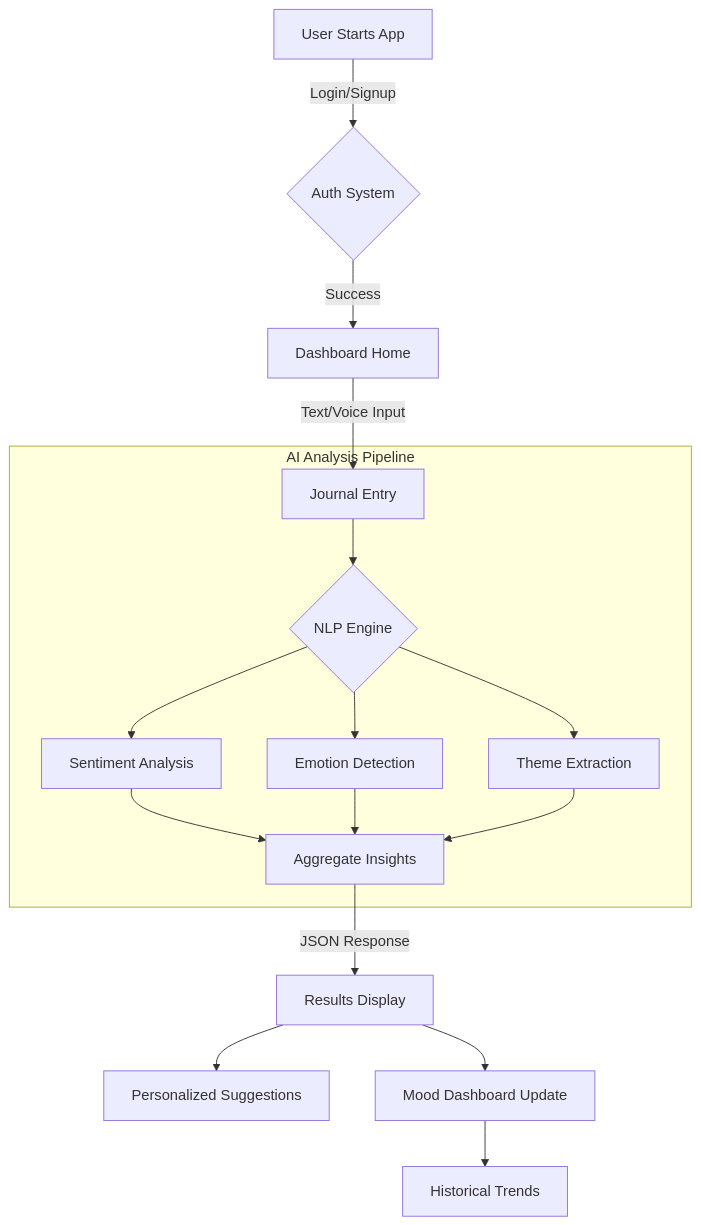
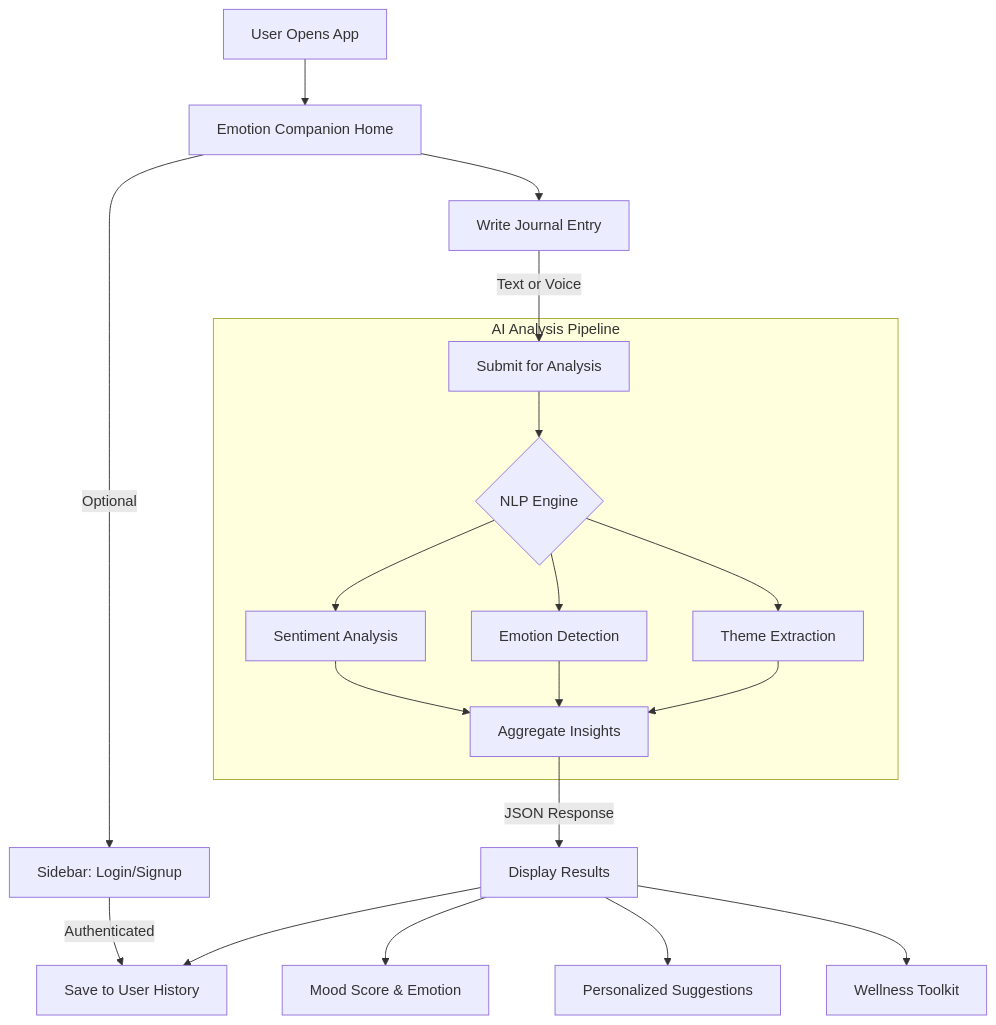
The diagram in README.md (Shraa98/emotion-companion), drawn with Mermaid before and after one commit.

Commit message:
fix: Update workflow diagram to reflect optional authentication

````diff
--- a/README.md
+++ b/README.md
@@ -54,19 +54,23 @@
 ```mermaid
 graph TD
-    A[User Starts App] -->|Login/Signup| B{Auth System}
-    B -->|Success| C[Dashboard Home]
-    C -->|Text/Voice Input| D[Journal Entry]
+    A[User Opens App] --> B[Emotion Companion Home]
+    B -->|Optional| C[Sidebar: Login/Signup]
+    B --> D[Write Journal Entry]
+    D -->|Text or Voice| E[Submit for Analysis]
     
     subgraph "AI Analysis Pipeline"
-    D --> E{NLP Engine}
-    E --> F[Sentiment Analysis]
-    E --> G[Emotion Detection]
-    E --> H[Theme Extraction]
-    F & G & H --> I[Aggregate Insights]
+    E --> F{NLP Engine}
+    F --> G[Sentiment Analysis]
+    F --> H[Emotion Detection]
+    F --> I[Theme Extraction]
+    G & H & I --> J[Aggregate Insights]
     end
     
-    I -->|JSON Response| J[Results Display]
-    J --> K[Personalized Suggestions]
-    J --> L[Mood Dashboard Update]
-    L --> M[Historical Trends]
+    J -->|JSON Response| K[Display Results]
+    K --> L[Mood Score & Emotion]
+    K --> M[Personalized Suggestions]
+    K --> N[Wellness Toolkit]
+    
+    C -->|Authenticated| O[Save to User History]
+    K --> O
 ```
````
